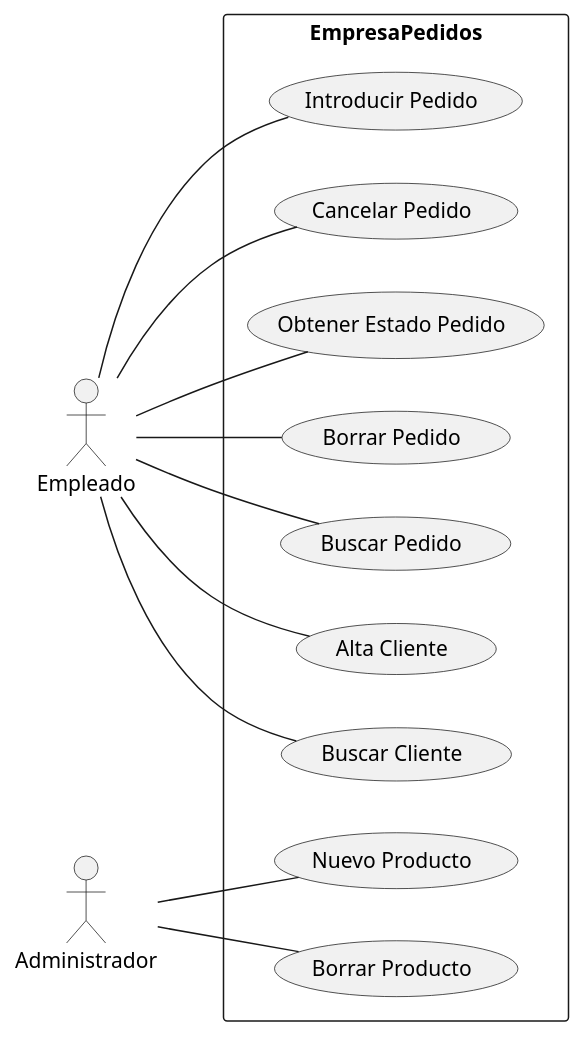
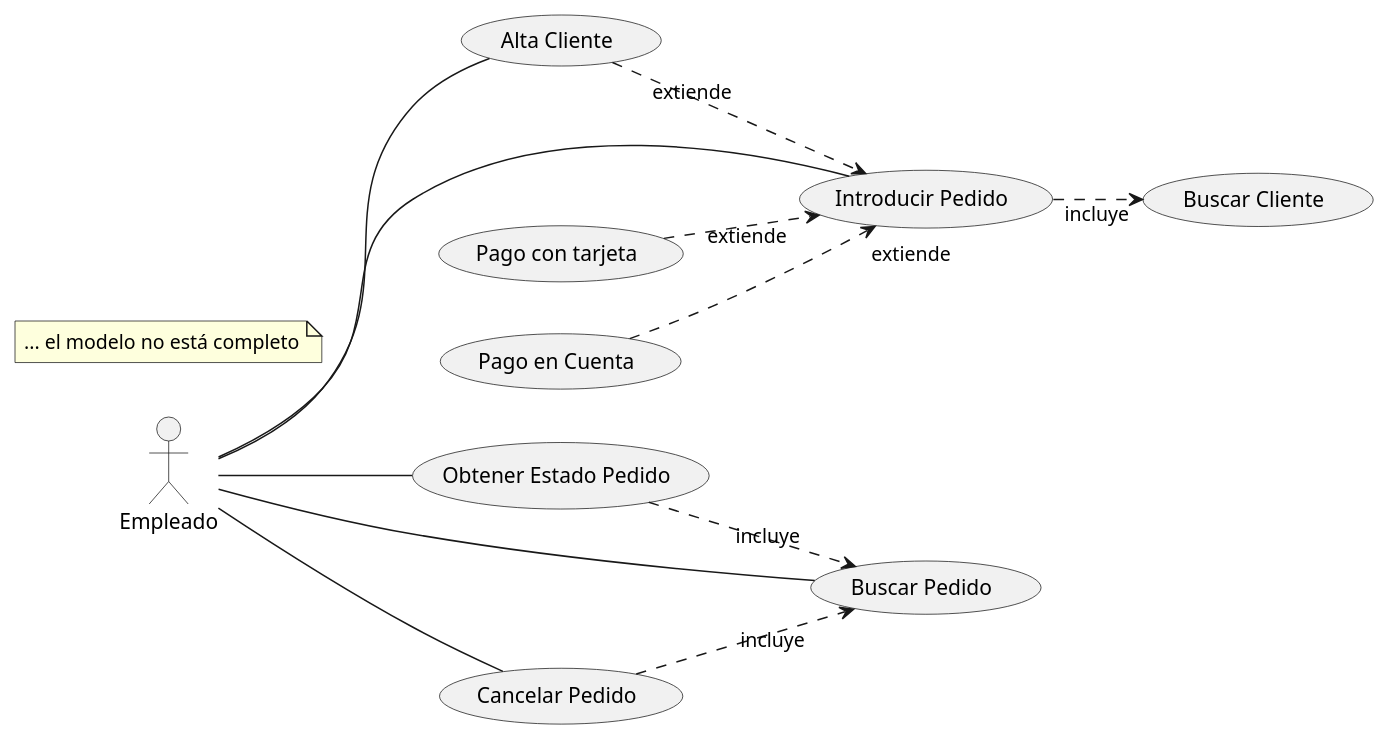
The diagram in src/casos_de_uso_con_PlantUml_IISAM.puml (sergikarx/casos-de-uso-con-PlantUml-II-Sergio-Aroca), drawn with PlantUML before and after one commit. The commit also changed 1 other file, not shown here.

Commit message:
Diagrama Estructurado o Modelo de Casos de Uso: (ejemplo)

```diff
--- a/src/casos_de_uso_con_PlantUml_IISAM.puml
+++ b/src/casos_de_uso_con_PlantUml_IISAM.puml
@@ -1,27 +1,20 @@
 @startuml
 left to right direction
 :Empleado: as Emple
-:Administrador: as Admin
 
-rectangle EmpresaPedidos {
-(Introducir Pedido) as Introducir
-(Cancelar Pedido) as Cancelar
-(Obtener Estado Pedido) as Obtener
-(Borrar Pedido) as Borrar
-(Buscar Pedido) as BuscarP
-(Alta Cliente) as Alta
-(Buscar Cliente) as BuscarC
-(Nuevo Producto) as NuevoP
-(Borrar Producto) as BorrarP
-}
-Emple -- Introducir
-Emple -- Cancelar
-Emple -- Obtener
-Emple -- Borrar
-Emple -- BuscarP
-Emple -- Alta
-Emple -- BuscarC
-Admin -- NuevoP
-Admin -- BorrarP
+Emple -- (Alta Cliente)
+(Alta Cliente) "extiende"..> (Introducir Pedido)
+(Introducir Pedido) "incluye"..> (Buscar Cliente)
+Emple -- (Introducir Pedido)
+
+Emple -- (Obtener Estado Pedido)
+(Obtener Estado Pedido) ..>"incluye" (Buscar Pedido)
+Emple -- (Buscar Pedido)
+Emple -- (Cancelar Pedido)
+(Pago con tarjeta) ..>"extiende" (Introducir Pedido)
+(Pago en Cuenta) ..>"extiende" (Introducir Pedido)
+(Cancelar Pedido)..>"incluye" (Buscar Pedido)
+
+note "... el modelo no está completo" as N2
 
 @enduml
```
